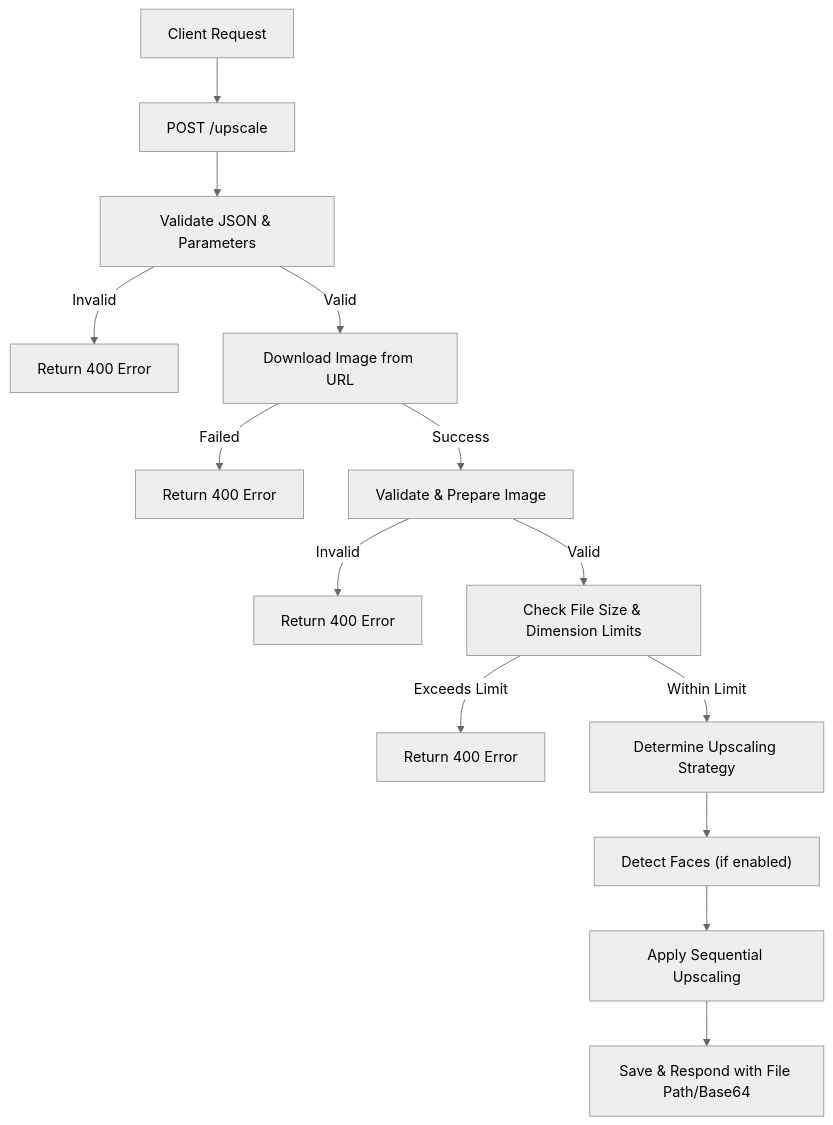
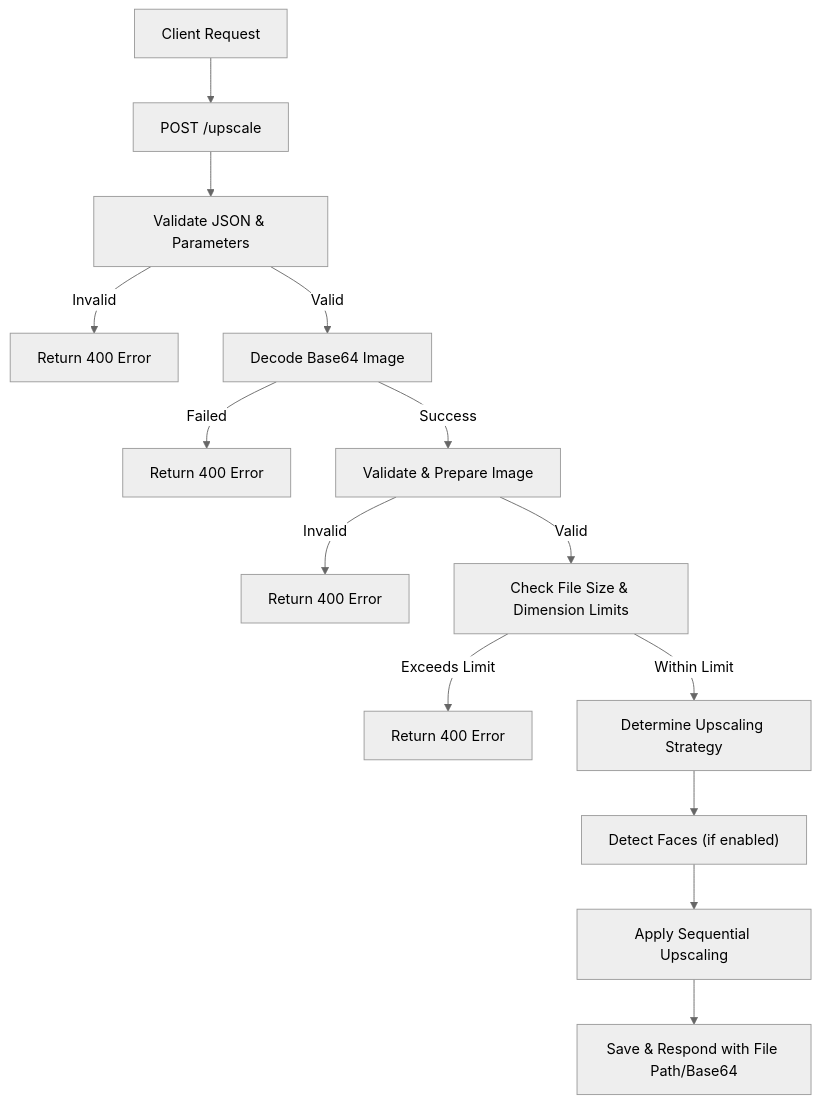
The first of 2 diagrams in image.pollinations.ai/image_upscaler/README.md (pollinations/pollinations), drawn with Mermaid (neutral theme) before and after one commit. The commit also changed other lines of this file, not shown here.

````diff
--- a/image.pollinations.ai/image_upscaler/README.md
+++ b/image.pollinations.ai/image_upscaler/README.md
@@ -28,16 +41,16 @@
 ```mermaid
 graph TD
-    A["Client Request"] --> B["POST /upscale"]
-    B --> C["Validate JSON & Parameters"]
-    C -->|Invalid| D["Return 400 Error"]
-    C -->|Valid| E["Download Image from URL"]
-    E -->|Failed| F["Return 400 Error"]
-    E -->|Success| G["Validate & Prepare Image"]
-    G -->|Invalid| H["Return 400 Error"]
-    G -->|Valid| I["Check File Size & Dimension Limits"]
-    I -->|Exceeds Limit| J["Return 400 Error"]
-    I -->|Within Limit| K["Determine Upscaling Strategy"]
-    K --> L["Detect Faces (if enabled)"]
-    L --> M["Apply Sequential Upscaling"]
-    M --> N["Save & Respond with File Path/Base64"]
+        A["Client Request"] --> B["POST /upscale"]
+        B --> C["Validate JSON & Parameters"]
+        C -->|Invalid| D["Return 400 Error"]
+        C -->|Valid| E["Decode Base64 Image"]
+        E -->|Failed| F["Return 400 Error"]
+        E -->|Success| G["Validate & Prepare Image"]
+        G -->|Invalid| H["Return 400 Error"]
+        G -->|Valid| I["Check File Size & Dimension Limits"]
+        I -->|Exceeds Limit| J["Return 400 Error"]
+        I -->|Within Limit| K["Determine Upscaling Strategy"]
+        K --> L["Detect Faces (if enabled)"]
+        L --> M["Apply Sequential Upscaling"]
+        M --> N["Save & Respond with File Path/Base64"]
 ```
````
